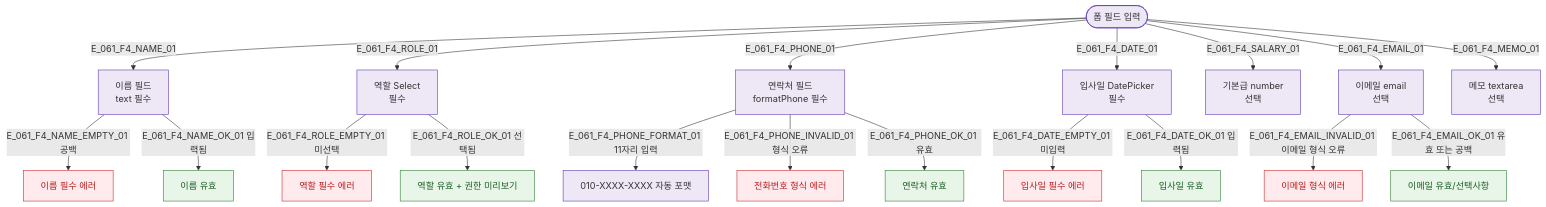
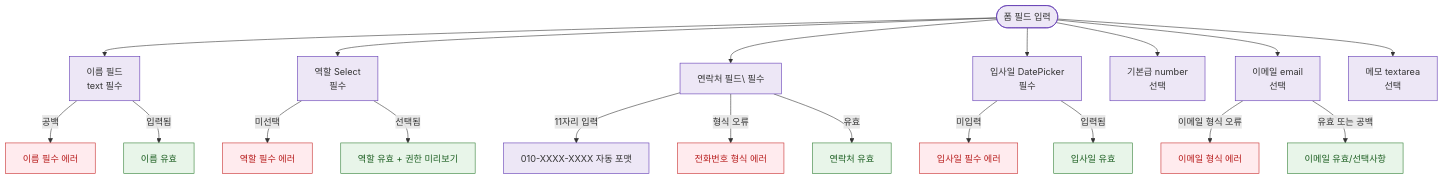
One commit to dev-spogym/admin-pando changed the diagram in docs/다이어그램/D07_직원관리/SCR-061_직원등록수정/F4_필터검색정렬.md. Above: the diagram before and after it, drawn with Mermaid. The commit also changed other lines of this file and 1660 other files, not shown here.

First line of the commit message:
다이어그램: 기획자/클라이언트 납품본으로 정리

````diff
--- a/docs/다이어그램/D07_직원관리/SCR-061_직원등록수정/F4_필터검색정렬.md
+++ b/docs/다이어그램/D07_직원관리/SCR-061_직원등록수정/F4_필터검색정렬.md
@@ -18,37 +16,37 @@
 ```mermaid
 flowchart TD
   FORM([폼 필드 입력])
 
-  FORM -->|E_061_F4_NAME_01| FLD_NAME[이름 필드\ntext 필수]
-  FORM -->|E_061_F4_ROLE_01| FLD_ROLE[역할 Select\n필수]
-  FORM -->|E_061_F4_PHONE_01| FLD_PHONE[연락처 필드\nformatPhone 필수]
-  FORM -->|E_061_F4_DATE_01| FLD_DATE[입사일 DatePicker\n필수]
-  FORM -->|E_061_F4_SALARY_01| FLD_SALARY[기본급 number\n선택]
-  FORM -->|E_061_F4_EMAIL_01| FLD_EMAIL[이메일 email\n선택]
-  FORM -->|E_061_F4_MEMO_01| FLD_MEMO[메모 textarea\n선택]
+  FORM --> FLD_NAME[이름 필드\ntext 필수]
+  FORM --> FLD_ROLE[역할 Select\n필수]
+  FORM --> FLD_PHONE[연락처 필드\ 필수]
+  FORM --> FLD_DATE[입사일 DatePicker\n필수]
+  FORM --> FLD_SALARY[기본급 number\n선택]
+  FORM --> FLD_EMAIL[이메일 email\n선택]
+  FORM --> FLD_MEMO[메모 textarea\n선택]
 
-  FLD_NAME -->|E_061_F4_NAME_EMPTY_01 공백| ERR_NAME[이름 필수 에러]
-  FLD_NAME -->|E_061_F4_NAME_OK_01 입력됨| OK_NAME[이름 유효]
+  FLD_NAME -->|공백|ERR_NAME[이름 필수 에러]
+  FLD_NAME -->|입력됨|OK_NAME[이름 유효]
 
-  FLD_ROLE -->|E_061_F4_ROLE_EMPTY_01 미선택| ERR_ROLE[역할 필수 에러]
-  FLD_ROLE -->|E_061_F4_ROLE_OK_01 선택됨| OK_ROLE[역할 유효 + 권한 미리보기]
+  FLD_ROLE -->|미선택|ERR_ROLE[역할 필수 에러]
+  FLD_ROLE -->|선택됨|OK_ROLE[역할 유효 + 권한 미리보기]
 
-  FLD_PHONE -->|E_061_F4_PHONE_FORMAT_01 11자리 입력| FMT_PHONE[010-XXXX-XXXX 자동 포맷]
-  FLD_PHONE -->|E_061_F4_PHONE_INVALID_01 형식 오류| ERR_PHONE[전화번호 형식 에러]
-  FLD_PHONE -->|E_061_F4_PHONE_OK_01 유효| OK_PHONE[연락처 유효]
+  FLD_PHONE -->|11자리 입력|FMT_PHONE[010-XXXX-XXXX 자동 포맷]
+  FLD_PHONE -->|형식 오류|ERR_PHONE[전화번호 형식 에러]
+  FLD_PHONE -->|유효|OK_PHONE[연락처 유효]
 
-  FLD_DATE -->|E_061_F4_DATE_EMPTY_01 미입력| ERR_DATE[입사일 필수 에러]
-  FLD_DATE -->|E_061_F4_DATE_OK_01 입력됨| OK_DATE[입사일 유효]
+  FLD_DATE -->|미입력|ERR_DATE[입사일 필수 에러]
+  FLD_DATE -->|입력됨|OK_DATE[입사일 유효]
 
-  FLD_EMAIL -->|E_061_F4_EMAIL_INVALID_01 이메일 형식 오류| ERR_EMAIL[이메일 형식 에러]
-  FLD_EMAIL -->|E_061_F4_EMAIL_OK_01 유효 또는 공백| OK_EMAIL[이메일 유효/선택사항]
+  FLD_EMAIL -->|이메일 형식 오류|ERR_EMAIL[이메일 형식 에러]
+  FLD_EMAIL -->|유효 또는 공백|OK_EMAIL[이메일 유효/선택사항]
 
   classDef system fill:#EDE7F6,stroke:#5E35B2
-  classDef error  fill:#FFEBEE,stroke:#C62828,color:#B71C1C
+  classDef error fill:#FFEBEE,stroke:#C62828,color:#B71C1C
   classDef success fill:#E8F5E9,stroke:#2E7D32,color:#1B5E20
-  classDef info   fill:#E0F7FA,stroke:#00838F
+  classDef info fill:#E0F7FA,stroke:#00838F
 
   class FORM,FLD_NAME,FLD_ROLE,FLD_PHONE,FLD_DATE,FLD_SALARY,FLD_EMAIL,FLD_MEMO,FMT_PHONE system
   class ERR_NAME,ERR_ROLE,ERR_PHONE,ERR_DATE,ERR_EMAIL error
   class OK_NAME,OK_ROLE,OK_PHONE,OK_DATE,OK_EMAIL success
 ```
````
